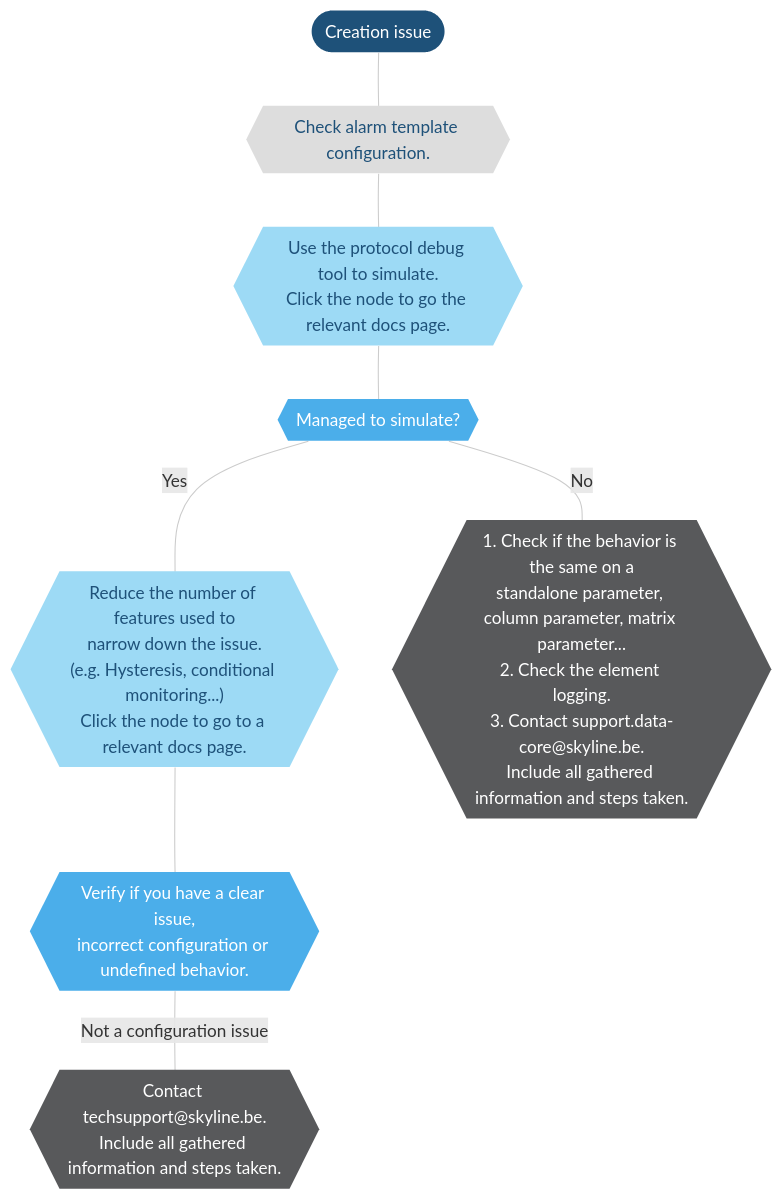
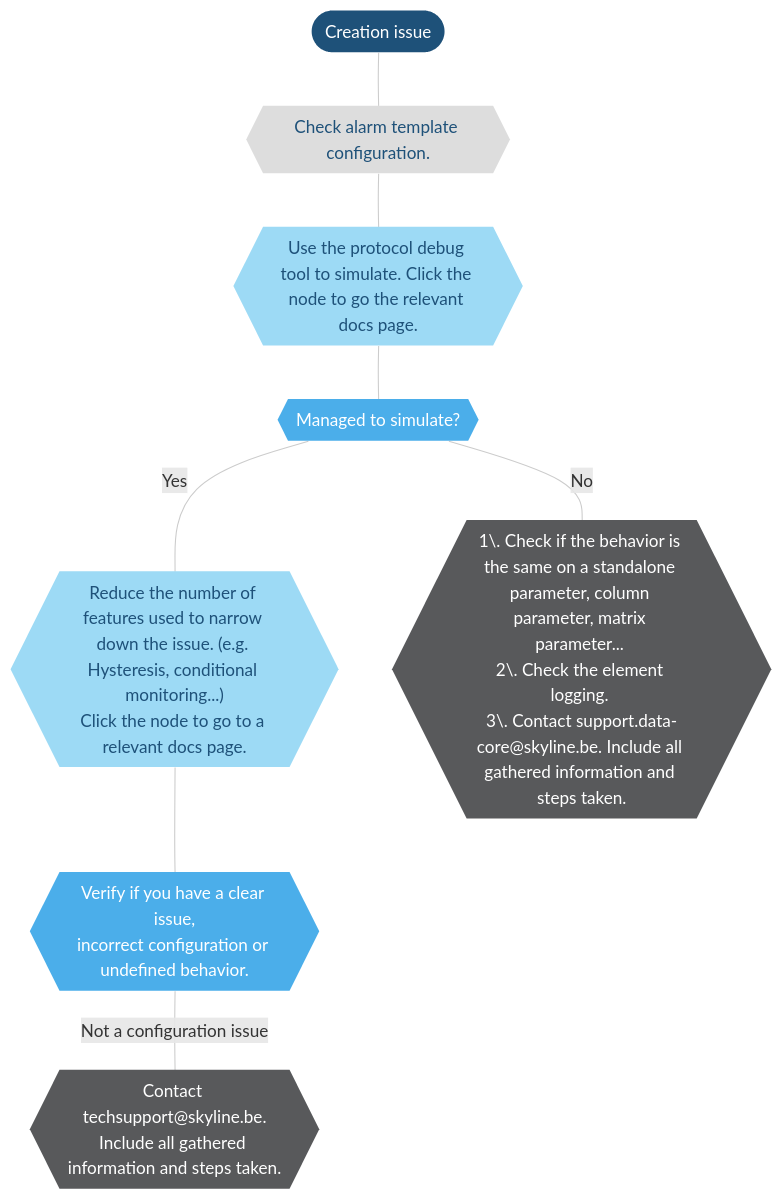
The third of 3 diagrams in user-guide/Troubleshooting/Troubleshooting_Flowcharts/Troubleshooting_Alarms.md (SkylineCommunications/dataminer-docs), drawn with Mermaid before and after one commit. The commit also changed 21 other files, not shown here.

````diff
--- a/user-guide/Troubleshooting/Troubleshooting_Flowcharts/Troubleshooting_Alarms.md
+++ b/user-guide/Troubleshooting/Troubleshooting_Flowcharts/Troubleshooting_Alarms.md
@@ -99,39 +99,39 @@
 ```mermaid
 flowchart TD
 %% Define styles %%
 linkStyle default stroke:#cccccc
 classDef classTerminal fill:#1e5179,stroke:#1e5179,color:#ffffff,stroke-width:0px;
 classDef classDecision fill:#4baeea,stroke:#4baeea,color:#ffffff,stroke-width:0px;
 classDef classExternalRef fill:#9ddaf5,stroke:#9ddaf5,color:#1E5179,stroke-width:0px;
 classDef classActionClickable fill:#999999,stroke:#999999,color:#ffffff,stroke-width:0px;
 classDef classAction fill:#dddddd,stroke:#dddddd,color:#1E5179,stroke-width:0px;
 classDef classSolution fill:#58595b,stroke:#58595b,color:#ffffff,stroke-width:0px;
 %% Define blocks %%
 CreationIssue([Creation issue])
 AlarmTemplate{{"Check alarm template configuration."}}
-ProtocolDebug{{"Use the protocol debug tool to simulate.\nClick the node to go the relevant docs page."}}
+ProtocolDebug{{"Use the protocol debug tool to simulate. Click the node to go the relevant docs page."}}
 CanSimulate{{"Managed to simulate?"}}
-ReduceFeatures{{"Reduce the number of features used to\nnarrow down the issue.\n(e.g. Hysteresis, conditional monitoring...)\nClick the node to go to a relevant docs page."}}
+ReduceFeatures{{"Reduce the number of features used to narrow down the issue. (e.g. Hysteresis, conditional monitoring...)\nClick the node to go to a relevant docs page."}}
 VerifyConfiguration{{"Verify if you have a clear issue,\nincorrect configuration or undefined behavior."}}
 NotFixedCOPS{{"Contact techsupport@skyline.be.\nInclude all gathered information and steps taken."}}
-ExtraInfoNotFixed{{"1. Check if the behavior is the same on a\nstandalone parameter, column parameter, matrix parameter...\n2. Check the element logging.\n3. Contact support.data-core@skyline.be.\nInclude all gathered information and steps taken."}}
+ExtraInfoNotFixed{{"1\. Check if the behavior is the same on a standalone parameter, column parameter, matrix parameter... <br>2\. Check the element logging. <br>3\. Contact support.data-core@skyline.be. Include all gathered information and steps taken."}}
 %% Connect blocks %%
 CreationIssue --- AlarmTemplate
 AlarmTemplate --- ProtocolDebug
 ProtocolDebug --- CanSimulate
 CanSimulate --- |Yes|ReduceFeatures
 ReduceFeatures --- VerifyConfiguration
 VerifyConfiguration --- |Not a configuration issue|NotFixedCOPS
 CanSimulate --- |No|ExtraInfoNotFixed
 %% Define hyperlinks %%
 click ProtocolDebug "/user-guide/Reference/DataMiner_Tools/
 Protocol_Debug_Tools.html"
 click ReduceFeatures "/user-guide/Basic_Functionality/Protocols_and_templates/Alarm_templates/Configuring_alarm_templates/About_the_alarm_template_editor.html"
 %% Apply styles to blocks %%
 class CreationIssue classTerminal;
 class AlarmConsole,Surveyor,Apps,Trending,ProtocolDebug,ReduceFeatures classExternalRef;
 %%class classActionClickable;
 class AlarmTemplate classAction;
 class DataPresent,CanSimulate,VerifyConfiguration classDecision;
 class ExtraInfoNotFixed,NotFixedCOPS classSolution;
 ```
````
